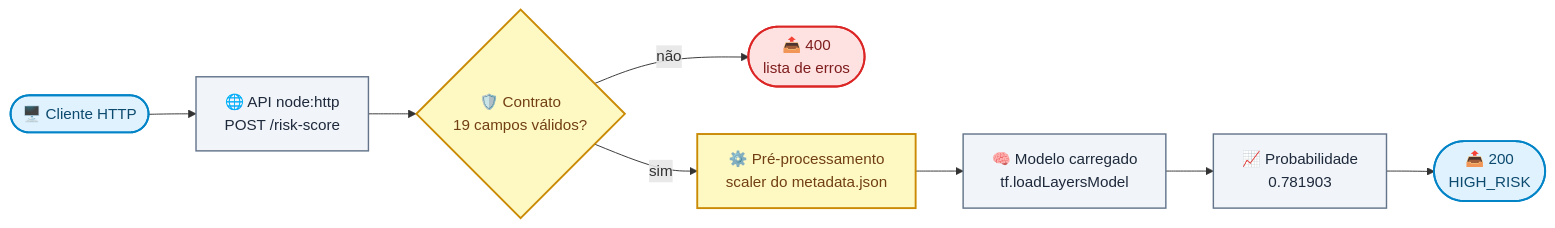
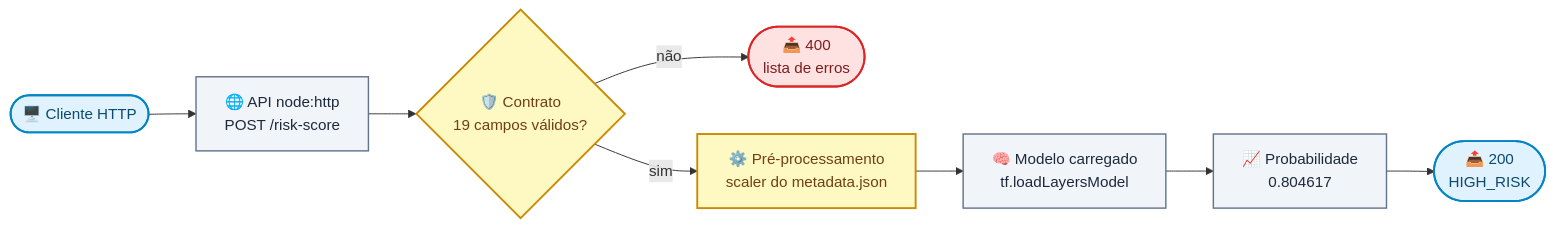
One commit to Felps03/tfjs-credit-risk-classifier changed the second of 2 diagrams in README.md. Above: the diagram before and after it, drawn with Mermaid. The commit also changed other lines of this file and 16 other files, not shown here.

````diff
--- a/README.md
+++ b/README.md
@@ -357,20 +300,20 @@
 ```mermaid
 flowchart LR
     A(["🖥️ Cliente HTTP"]) --> B["🌐 API node:http<br/>POST /risk-score"]
     B --> V{"🛡️ Contrato<br/>19 campos válidos?"}
     V -->|"não"| X(["📤 400<br/>lista de erros"])
     V -->|"sim"| C["⚙️ Pré-processamento<br/>scaler do metadata.json"]
     C --> D["🧠 Modelo carregado<br/>tf.loadLayersModel"]
-    D --> E["📈 Probabilidade<br/>0.781903"]
+    D --> E["📈 Probabilidade<br/>0.804617"]
     E --> F(["📤 200<br/>HIGH_RISK"])
 
     classDef edge fill:#e0f2fe,stroke:#0284c7,stroke-width:2px,color:#0c4a6e
     classDef step fill:#f1f5f9,stroke:#64748b,stroke-width:1.5px,color:#1e293b
     classDef key  fill:#fef9c3,stroke:#ca8a04,stroke-width:2px,color:#713f12
     classDef bad  fill:#fee2e2,stroke:#dc2626,stroke-width:2px,color:#7f1d1d
 
     class A,F edge
     class B,D,E step
     class C,V key
     class X bad
 ```
````
